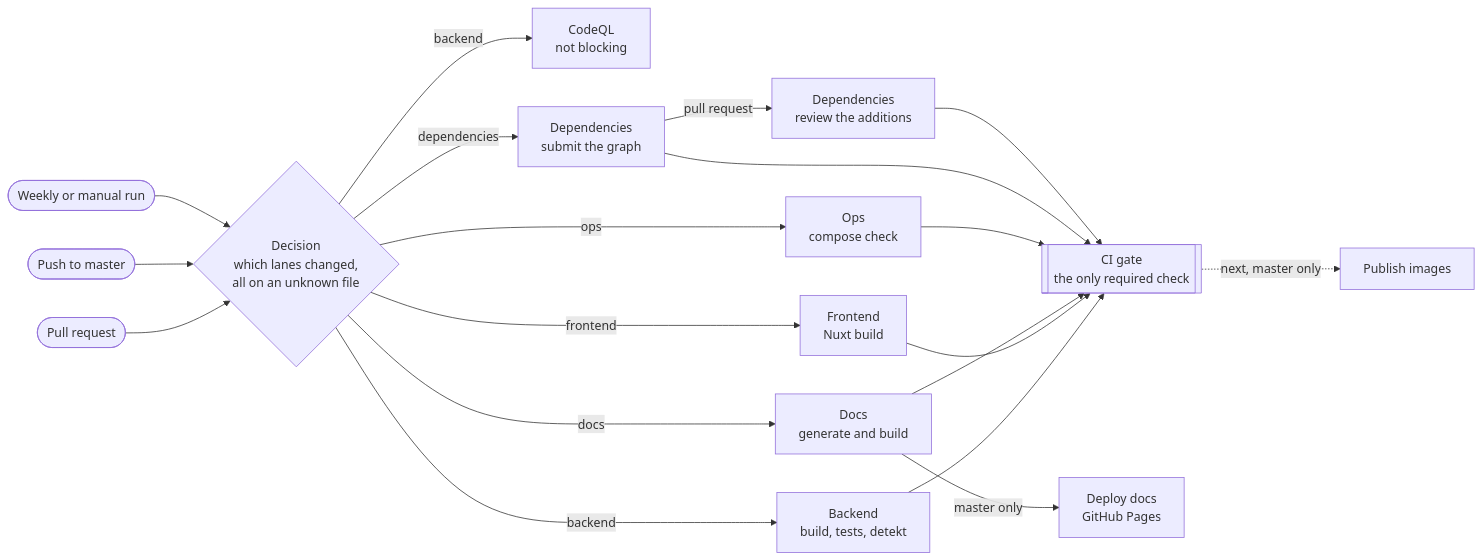
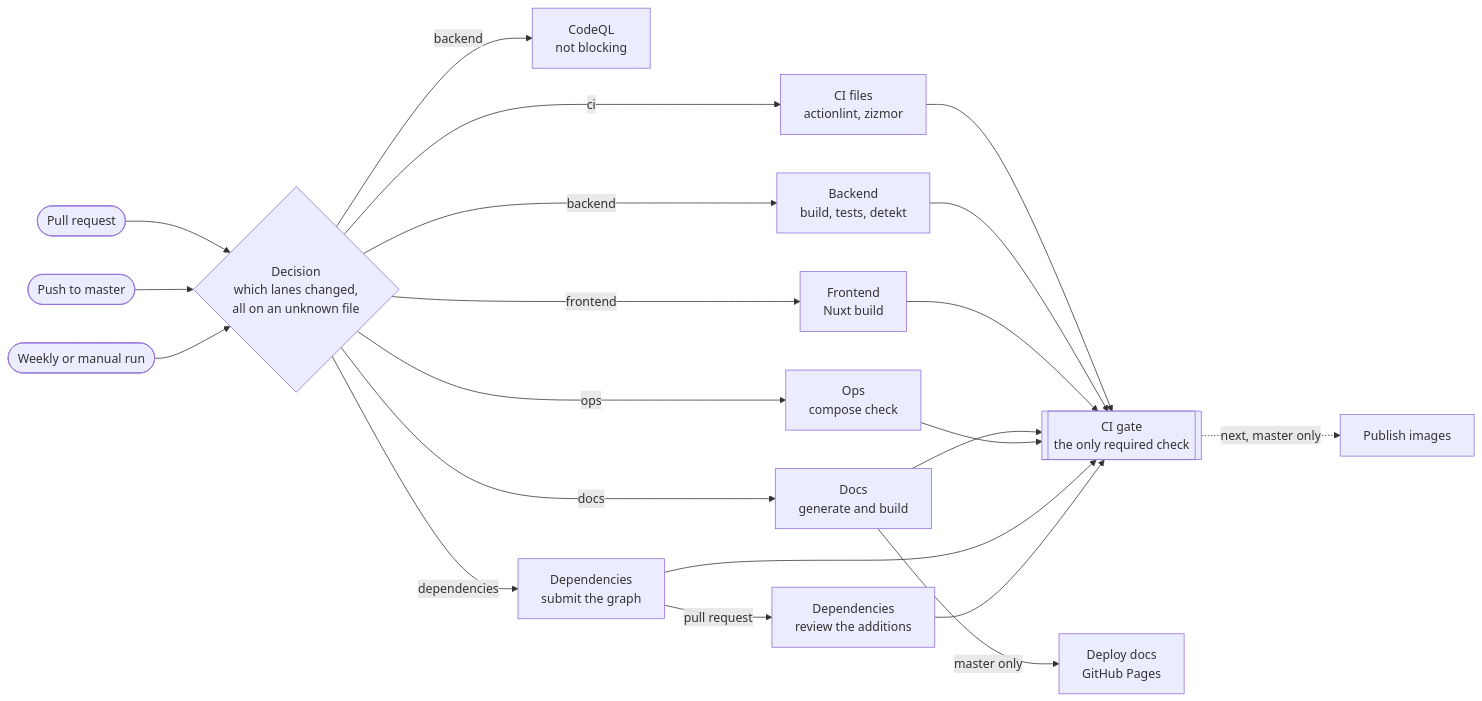
The diagram in docs/src/engineering/ci-cd.md (mboisnard/drinkit), drawn with Mermaid before and after one commit. The commit also changed other lines of this file and 2 other files, not shown here.

````diff
--- a/docs/src/engineering/ci-cd.md
+++ b/docs/src/engineering/ci-cd.md
@@ -5,17 +5,18 @@
 ```mermaid
 flowchart LR
   pr([Pull request]) --> decision
   master([Push to master]) --> decision
   weekly([Weekly or manual run]) --> decision
   decision{Decision<br/>which lanes changed,<br/>all on an unknown file}
+  decision -- ci --> cifiles[CI files<br/>actionlint, zizmor]
   decision -- backend --> backend[Backend<br/>build, tests, detekt]
   decision -- backend --> codeql[CodeQL<br/>not blocking]
   decision -- frontend --> frontend[Frontend<br/>Nuxt build]
   decision -- docs --> docs[Docs<br/>generate and build]
   decision -- ops --> ops[Ops<br/>compose check]
   decision -- dependencies --> submission[Dependencies<br/>submit the graph]
   submission -- pull request --> review[Dependencies<br/>review the additions]
-  backend & frontend & docs & ops & submission & review --> gate[[CI gate<br/>the only required check]]
+  cifiles & backend & frontend & docs & ops & submission & review --> gate[[CI gate<br/>the only required check]]
   docs -- master only --> pages[Deploy docs<br/>GitHub Pages]
   gate -.->|next, master only| images[Publish images]
 ```
````
